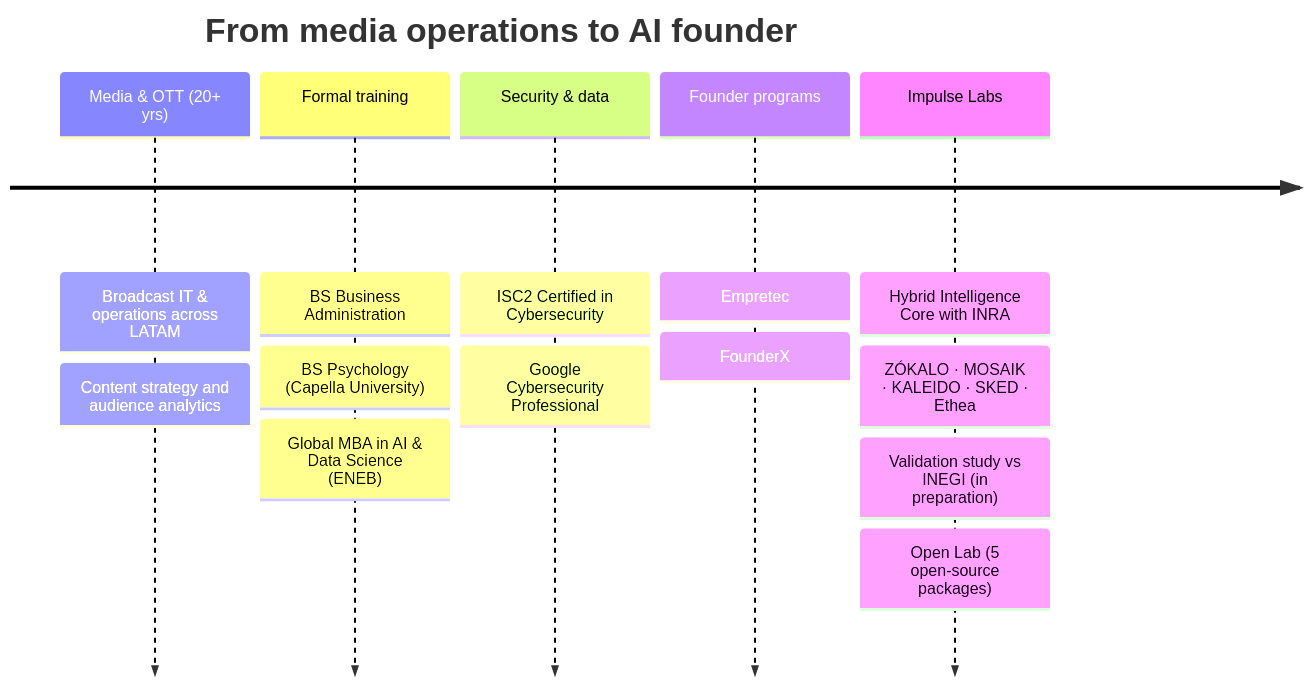
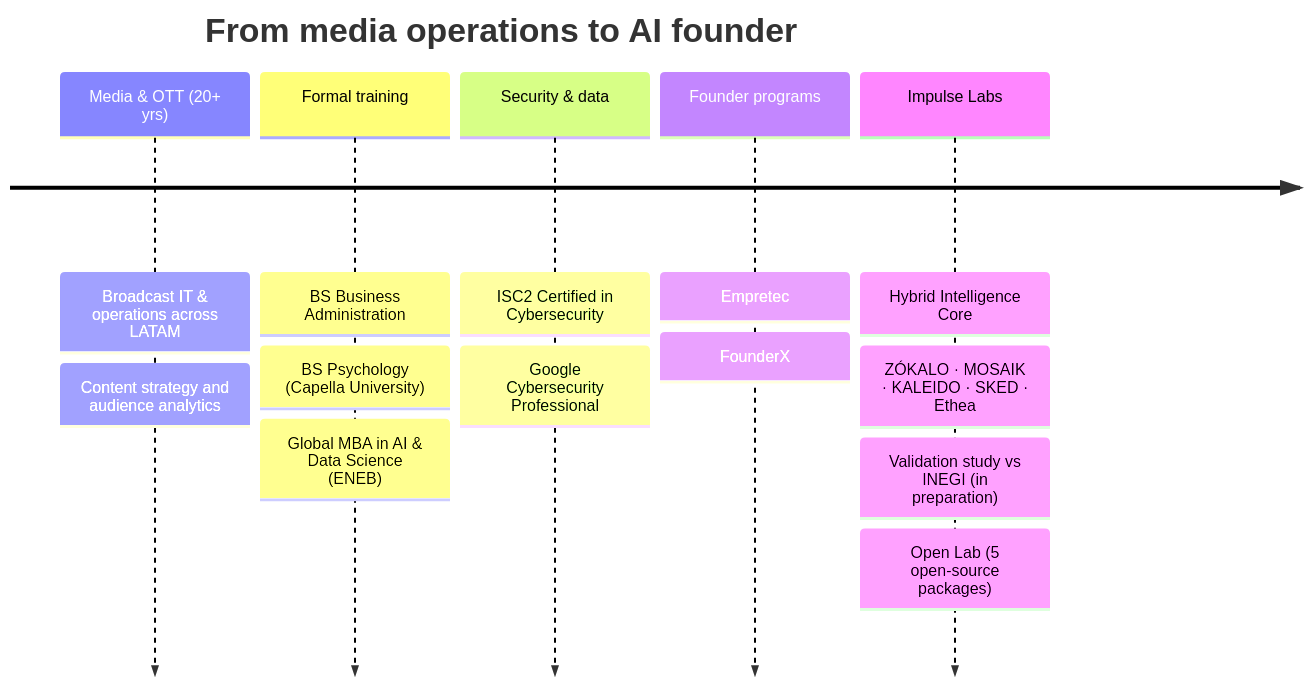
One commit to Neckr0ik/Neckr0ik changed the diagram in README.md. Above: the diagram before and after it, drawn with Mermaid. The commit also changed other lines of this file and 8 other files, not shown here.

````diff
--- a/README.md
+++ b/README.md
@@ -100,17 +102,17 @@
 ```mermaid
 timeline
     title From media operations to AI founder
     Media & OTT (20+ yrs) : Broadcast IT & operations across LATAM
                           : Content strategy and audience analytics
     Formal training       : BS Business Administration
                           : BS Psychology (Capella University)
                           : Global MBA in AI & Data Science (ENEB)
     Security & data       : ISC2 Certified in Cybersecurity
                           : Google Cybersecurity Professional
     Founder programs      : Empretec
                           : FounderX
-    Impulse Labs          : Hybrid Intelligence Core with INRA
+    Impulse Labs          : Hybrid Intelligence Core
                           : ZÓKALO · MOSAIK · KALEIDO · SKED · Ethea
                           : Validation study vs INEGI (in preparation)
                           : Open Lab (5 open-source packages)
 ```
````
